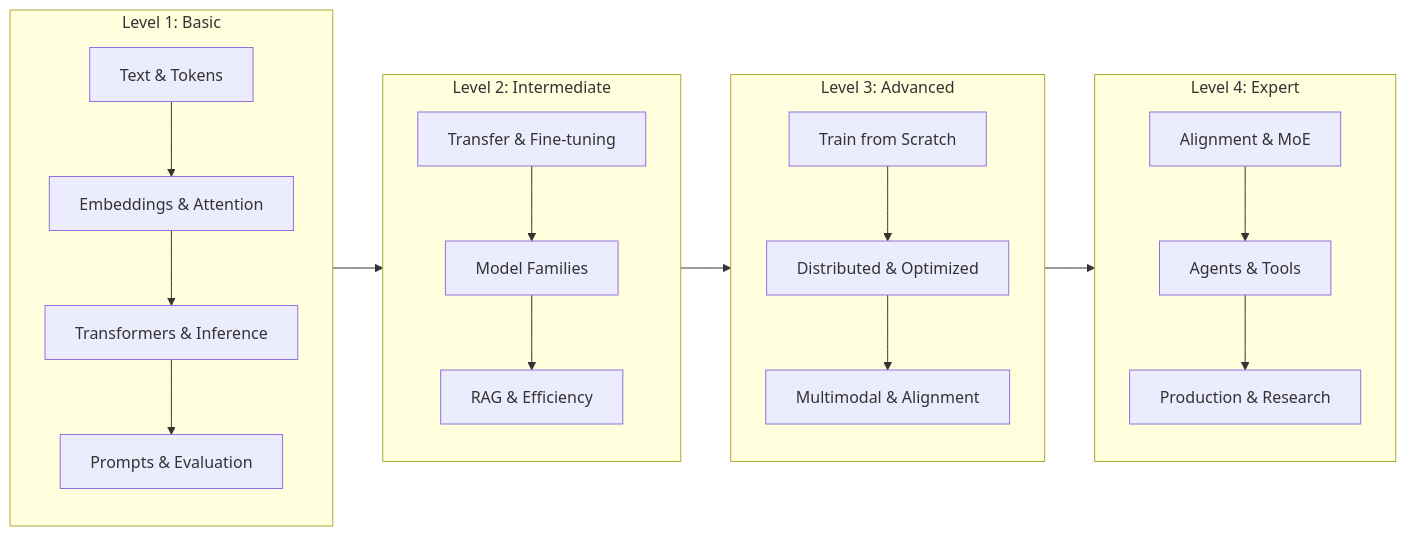
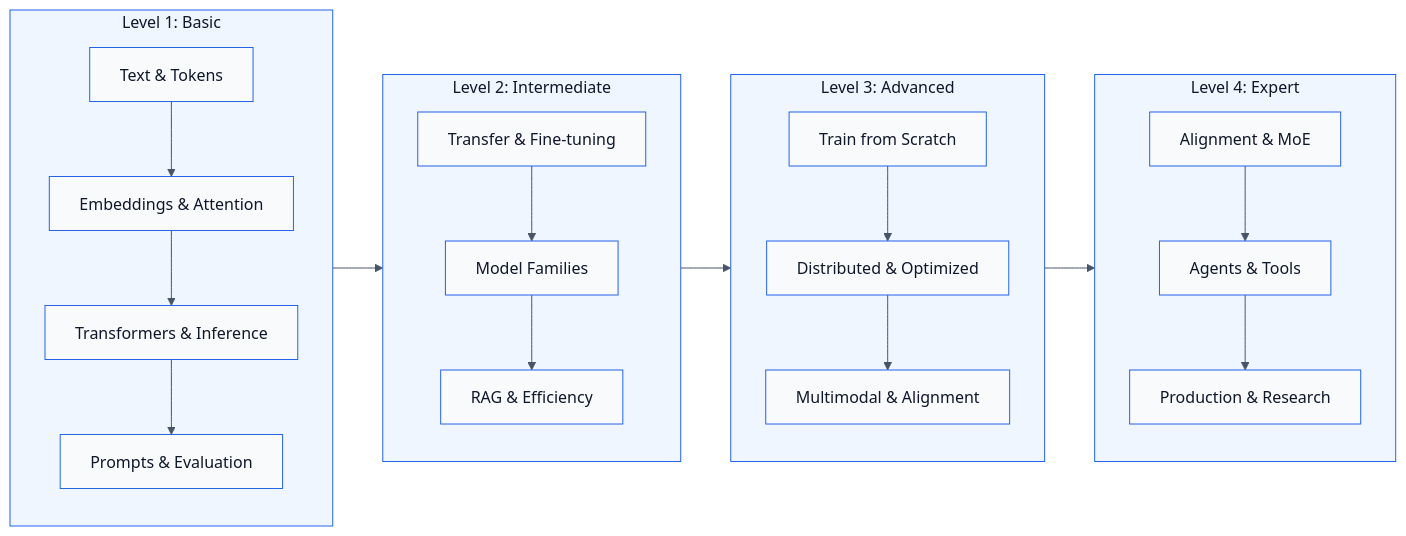
The first of 7 diagrams in README.md (nexageapps/LLM), drawn with Mermaid before and after one commit. The commit also changed other lines of this file, not shown here.

````diff
--- a/README.md
+++ b/README.md
@@ -49,37 +49,38 @@
 ```mermaid
+%%{init: {'theme':'base', 'themeVariables': {'primaryTextColor':'#0f172a', 'primaryColor':'#dbeafe', 'primaryBorderColor':'#2563eb', 'secondaryTextColor':'#0f172a', 'secondaryColor':'#fef3c7', 'tertiaryTextColor':'#0f172a', 'tertiaryColor':'#dcfce7', 'background':'#ffffff', 'mainBkg':'#f8fafc', 'secondBkg':'#f1f5f9', 'textColor':'#1e293b', 'titleColor':'#0f172a', 'clusterBkg':'#eff6ff', 'clusterBorder':'#2563eb', 'nodeBorder':'#2563eb', 'edgeColor':'#475569', 'lineColor':'#475569'}}}%%
 flowchart LR
     subgraph L1["Level 1: Basic"]
         direction TB
         A1[Text & Tokens]
         A2[Embeddings & Attention]
         A3[Transformers & Inference]
         A4[Prompts & Evaluation]
         A1 --> A2 --> A3 --> A4
     end
 
     subgraph L2["Level 2: Intermediate"]
         direction TB
         B1[Transfer & Fine-tuning]
         B2[Model Families]
         B3[RAG & Efficiency]
         B1 --> B2 --> B3
     end
 
     subgraph L3["Level 3: Advanced"]
         direction TB
         C1[Train from Scratch]
         C2[Distributed & Optimized]
         C3[Multimodal & Alignment]
         C1 --> C2 --> C3
     end
 
     subgraph L4["Level 4: Expert"]
         direction TB
         D1[Alignment & MoE]
         D2[Agents & Tools]
         D3[Production & Research]
         D1 --> D2 --> D3
     end
 
     L1 --> L2 --> L3 --> L4
 ```
````
